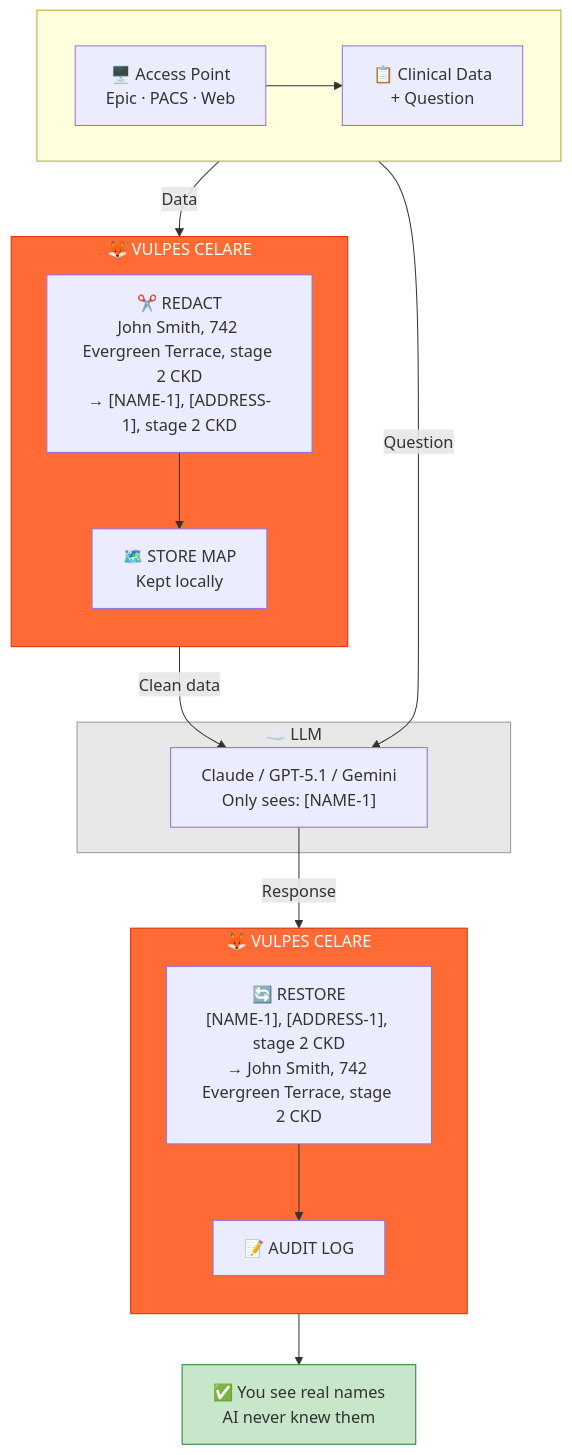
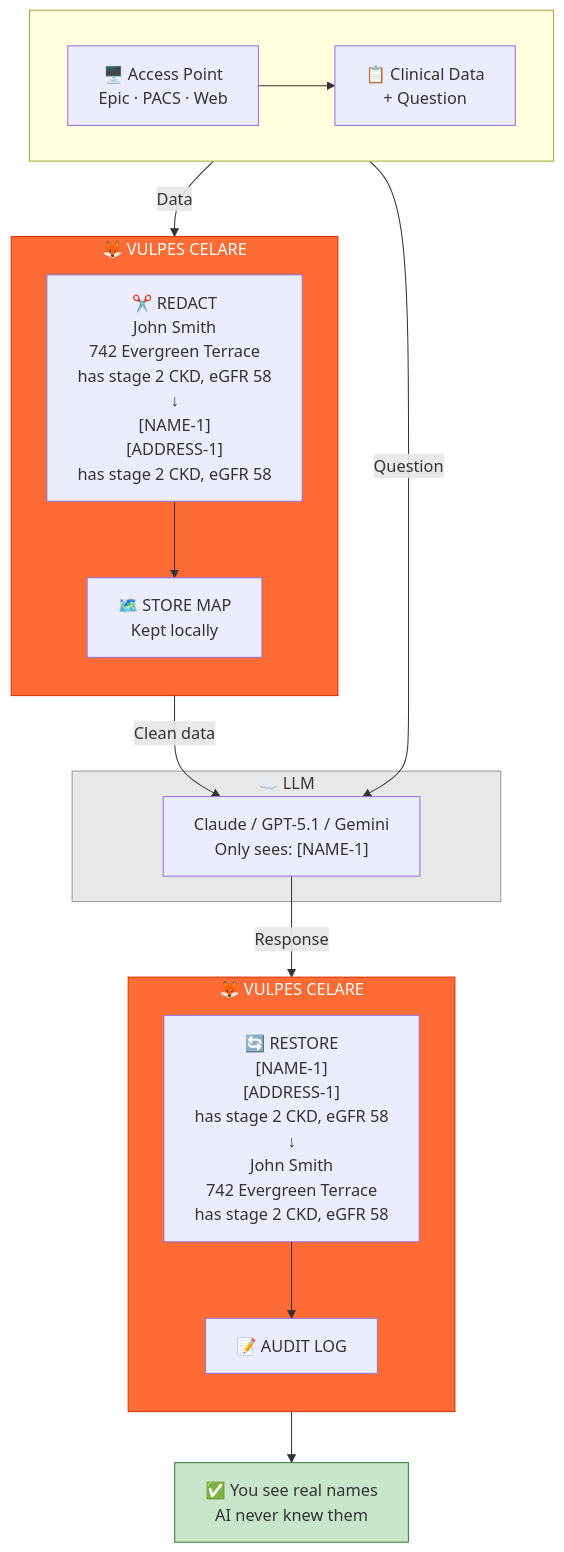
Before and after one commit to DocHatty/Vulpes-Celare: the diagram in README.md, drawn with Mermaid.

````diff
--- a/README.md
+++ b/README.md
@@ -36,43 +36,43 @@
 ```mermaid
 flowchart TB
     subgraph INPUT [" "]
         direction LR
         Access["🖥️ Access Point<br/>Epic · PACS · Web"]
         Data["📋 Clinical Data<br/>+ Question"]
     end
 
     Access --> Data
 
     subgraph CORE ["🦊 VULPES CELARE"]
         direction TB
-        Redact["✂️ REDACT<br/>John Smith, 742 Evergreen Terrace, stage 2 CKD<br/>→ [NAME-1], [ADDRESS-1], stage 2 CKD"]
+        Redact["✂️ REDACT<br/>John Smith<br/>742 Evergreen Terrace<br/>has stage 2 CKD, eGFR 58<br/>↓<br/>[NAME-1]<br/>[ADDRESS-1]<br/>has stage 2 CKD, eGFR 58"]
         Map["🗺️ STORE MAP<br/>Kept locally"]
         Redact --> Map
     end
 
     Data -->|"Data"| Redact
     Data -->|"Question"| LLM
 
     subgraph EXT ["☁️ LLM"]
         LLM["Claude / GPT-5.1 / Gemini<br/>Only sees: [NAME-1]"]
     end
 
     Map -->|"Clean data"| LLM
 
     subgraph CORE2 ["🦊 VULPES CELARE"]
         direction TB
-        Restore["🔄 RESTORE<br/>[NAME-1], [ADDRESS-1], stage 2 CKD<br/>→ John Smith, 742 Evergreen Terrace, stage 2 CKD"]
+        Restore["🔄 RESTORE<br/>[NAME-1]<br/>[ADDRESS-1]<br/>has stage 2 CKD, eGFR 58<br/>↓<br/>John Smith<br/>742 Evergreen Terrace<br/>has stage 2 CKD, eGFR 58"]
         Audit["📝 AUDIT LOG"]
         Restore --> Audit
     end
 
     LLM -->|"Response"| Restore
 
     Result["✅ You see real names<br/>AI never knew them"]
     Audit --> Result
 
     style CORE fill:#ff6b35,stroke:#d63000,color:#fff
     style CORE2 fill:#ff6b35,stroke:#d63000,color:#fff
     style EXT fill:#e8e8e8,stroke:#999
     style Result fill:#c8e6c9,stroke:#2e7d32
 ```
````
